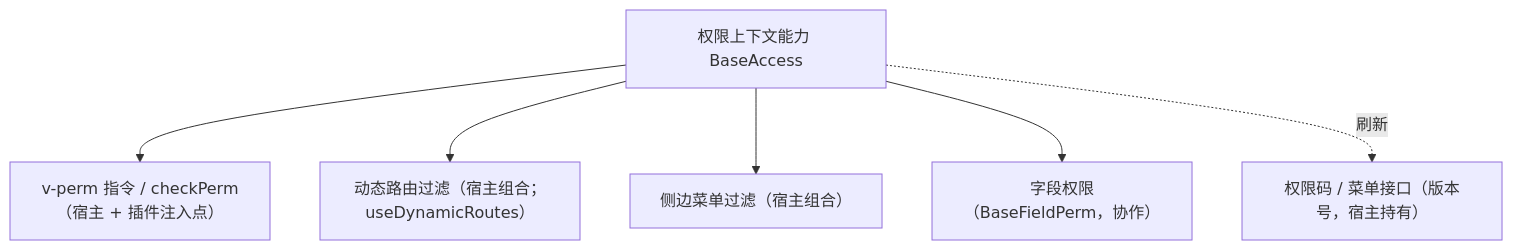
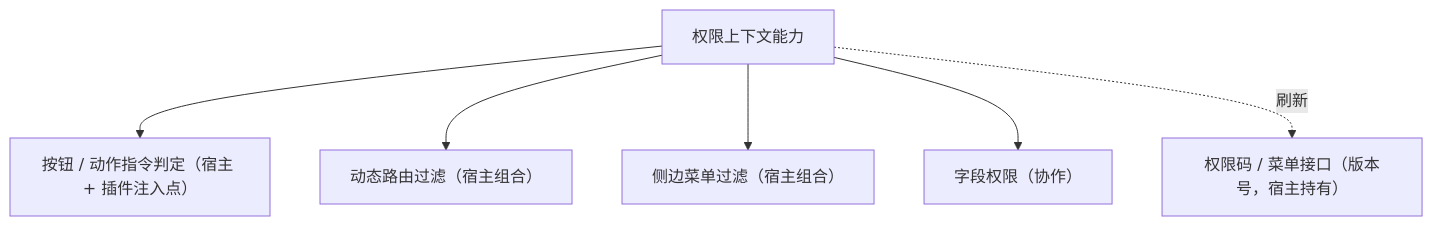
The diagram in bms文档/设计/组件设计/02_基础组件类/02_能力类/27_组件设计_权限上下文能力/27_组件设计_权限上下文能力.md (minjian123/basic-management-system), drawn with Mermaid before and after one commit. The commit also changed other lines of this file and 238 other files, not shown here.

````diff
--- a/bms文档/设计/组件设计/02_基础组件类/02_能力类/27_组件设计_权限上下文能力/27_组件设计_权限上下文能力.md
+++ b/bms文档/设计/组件设计/02_基础组件类/02_能力类/27_组件设计_权限上下文能力/27_组件设计_权限上下文能力.md
@@ -15,8 +16,8 @@
 ```mermaid
 flowchart TD
-    A["权限上下文能力 BaseAccess"] --> P["v-perm 指令 / checkPerm（宿主 + 插件注入点）"]
-    A --> R["动态路由过滤（宿主组合；useDynamicRoutes）"]
+    A["权限上下文能力"] --> P["按钮 / 动作指令判定（宿主 + 插件注入点）"]
+    A --> R["动态路由过滤（宿主组合）"]
     A --> S["侧边菜单过滤（宿主组合）"]
-    A --> F["字段权限（BaseFieldPerm，协作）"]
+    A --> F["字段权限（协作）"]
     A -. 刷新 .-> API["权限码 / 菜单接口（版本号，宿主持有）"]
 ```
````
